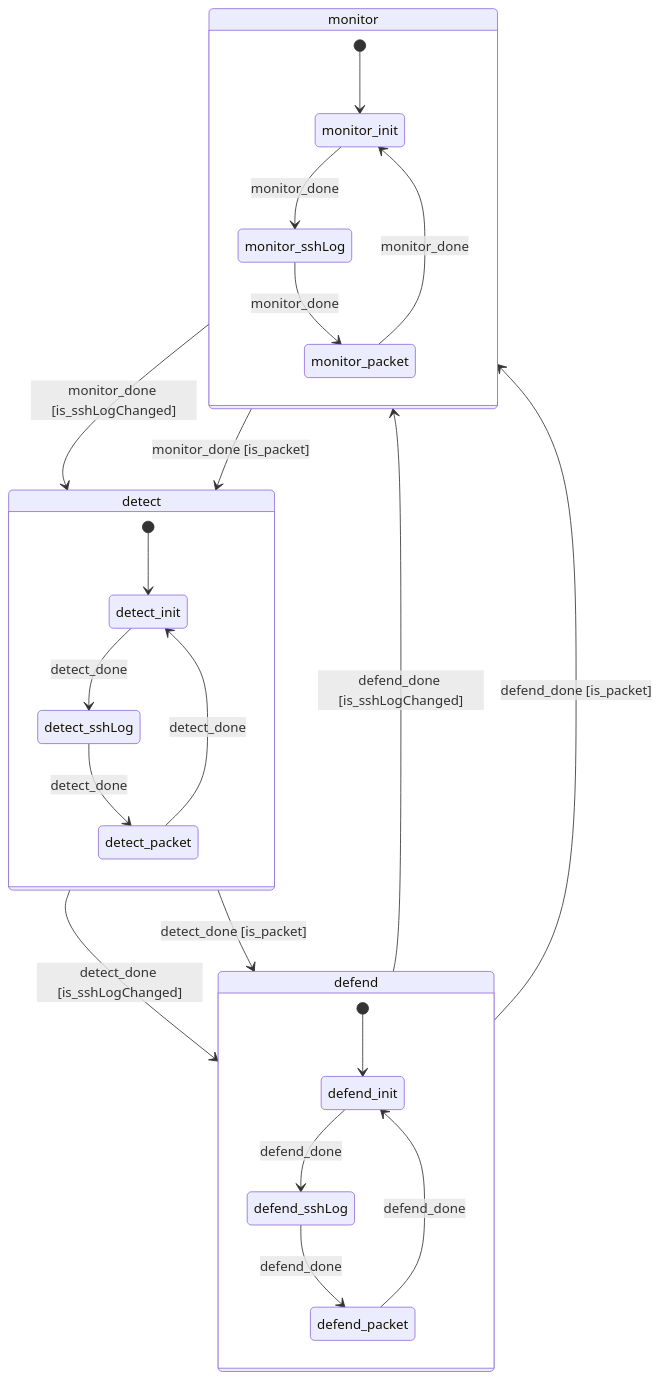
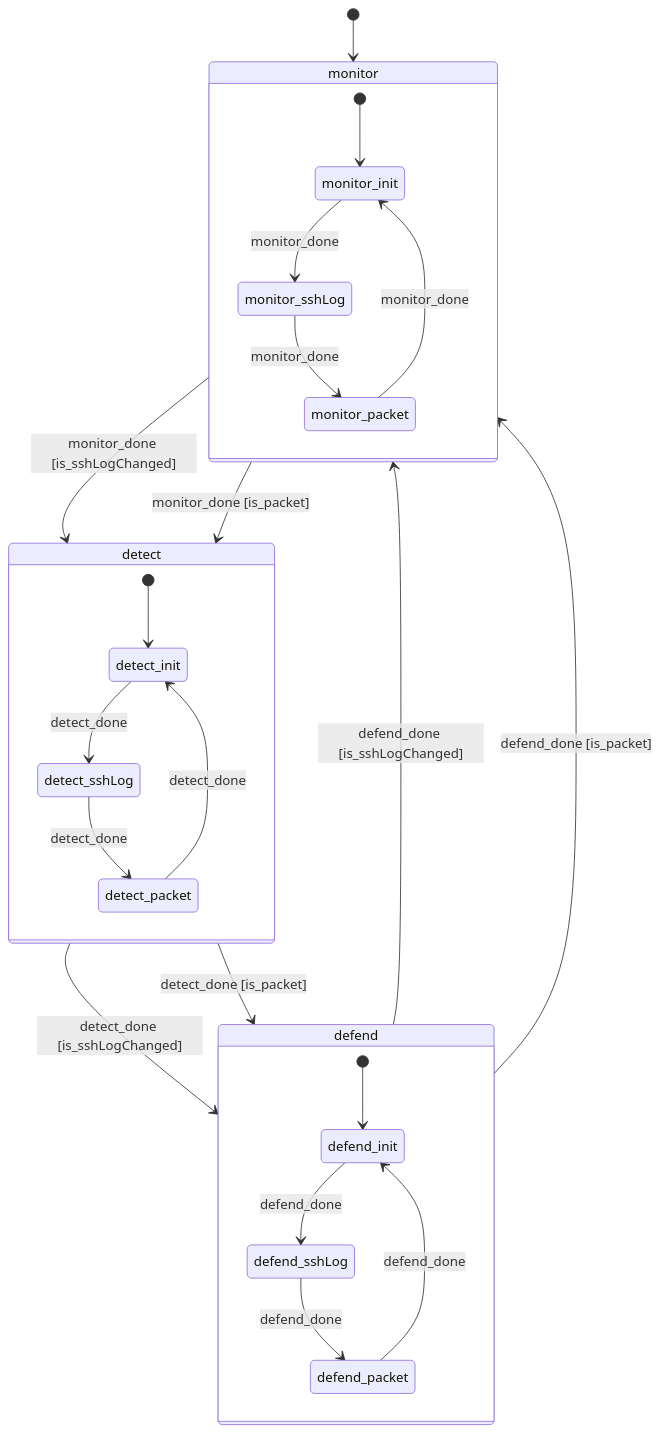
One commit to mbclarkengineering/mbclarkengineering.github.io changed the diagram in test.md. Above: the diagram before and after it, drawn with Mermaid.

````diff
--- a/test.md
+++ b/test.md
@@ -2,29 +2,30 @@
 ``` mermaid
 stateDiagram-v2
     state monitor {
         [*] --> monitor_init
         monitor_init --> monitor_sshLog : monitor_done
         monitor_sshLog --> monitor_packet : monitor_done
         monitor_packet --> monitor_init : monitor_done
     }
     state detect {
         [*] --> detect_init
         detect_init --> detect_sshLog : detect_done
         detect_sshLog --> detect_packet : detect_done
         detect_packet --> detect_init : detect_done
     }
     state defend {
         [*] --> defend_init
         defend_init --> defend_sshLog : defend_done
         defend_sshLog --> defend_packet : defend_done
         defend_packet --> defend_init : defend_done
     }
+    [*] --> monitor
     monitor --> detect : monitor_done [is_sshLogChanged]
     monitor --> detect : monitor_done [is_packet]
     detect --> defend : detect_done [is_sshLogChanged]
     detect --> defend : detect_done [is_packet]
     defend --> monitor : defend_done [is_sshLogChanged]
     defend --> monitor : defend_done [is_packet]
 
 
 ```
````
